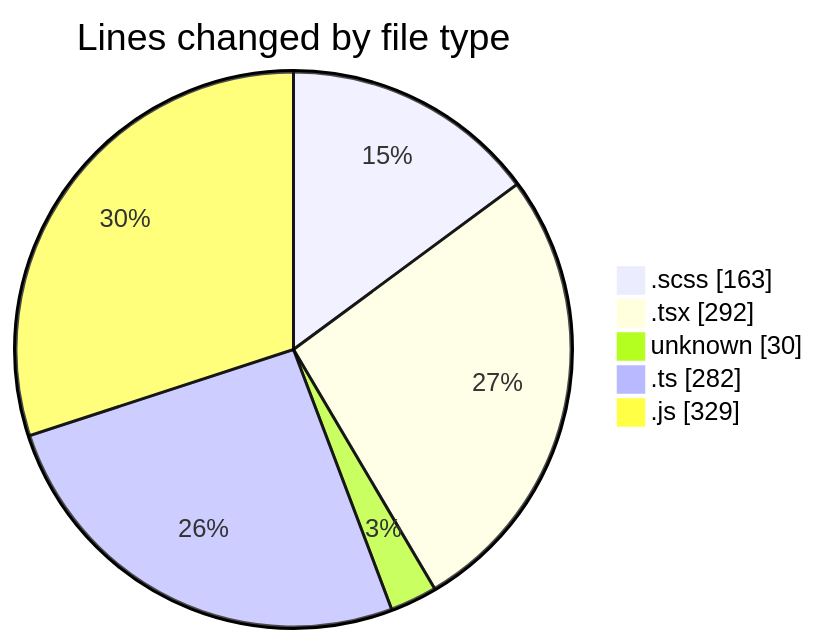
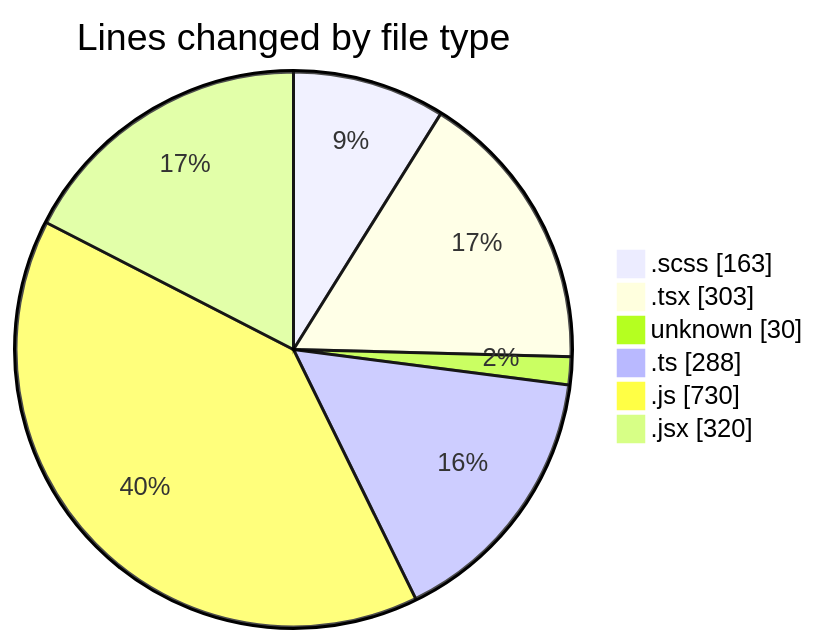
Before and after one commit to momahboobian/code-tracking: the first of 2 diagrams in 2025-03-05/cda/README.md, drawn with Mermaid. The commit also changed other lines of this file and 1 other file, not shown here.

````diff
--- a/2025-03-05/cda/README.md
+++ b/2025-03-05/cda/README.md
@@ -32,9 +35,10 @@
 ```mermaid
 pie showData
 title Lines changed by file type
 ".scss" : 163
-".tsx" : 292
+".tsx" : 303
 "unknown" : 30
-".ts" : 282
-".js" : 329
+".ts" : 288
+".js" : 730
+".jsx" : 320
 ```
````
